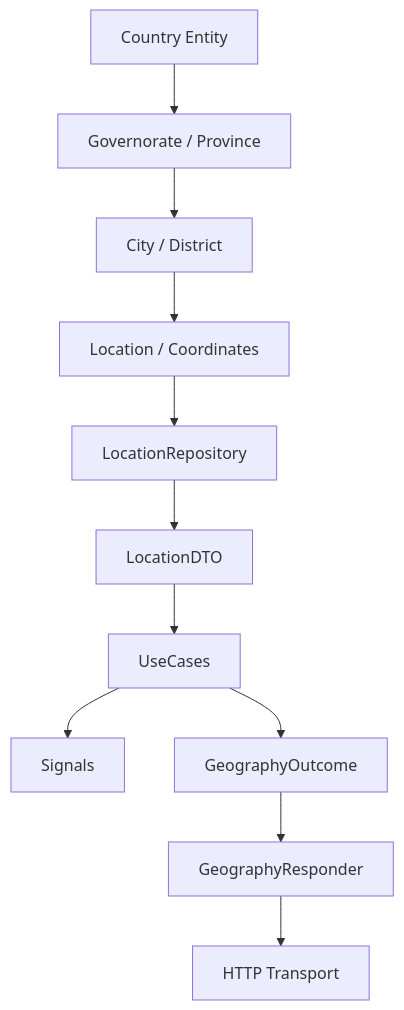
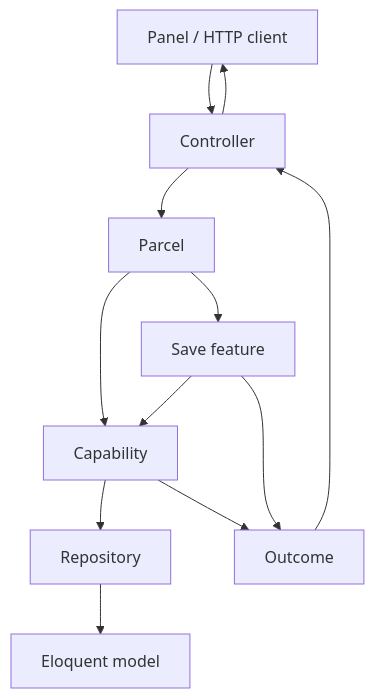
One commit to ugarit-artifacts/geography changed the diagram in ARCHITECTURE.md. Above: the diagram before and after it, drawn with Mermaid. The commit also changed other lines of this file and 3 other files, not shown here.

First line of the commit message:
docs(geography): describe the capability pipeline

````diff
--- a/ARCHITECTURE.md
+++ b/ARCHITECTURE.md
@@ -9,14 +7,14 @@
 ```mermaid
 graph TD
-    Country[Country Entity] --> Governorate[Governorate / Province]
-    Governorate --> City[City / District]
-    City --> Location[Location / Coordinates]
-    
-    Location --> Repo[LocationRepository]
-    Repo --> DTO[LocationDTO]
-    DTO --> UC[UseCases]
-    UC --> Signal[Signals]
-    UC --> Outcome[GeographyOutcome]
-    Outcome --> Resp[GeographyResponder]
-    Resp --> Transport[HTTP Transport]
+    Client[Panel / HTTP client] --> Ctrl[Controller]
+    Ctrl --> Parcel[Parcel]
+    Parcel --> Feature[Save feature]
+    Parcel --> Capability[Capability]
+    Feature --> Capability
+    Capability --> Repo[Repository]
+    Repo --> Model[Eloquent model]
+    Capability --> Outcome[Outcome]
+    Feature --> Outcome
+    Outcome --> Ctrl
+    Ctrl --> Client
 ```
````
